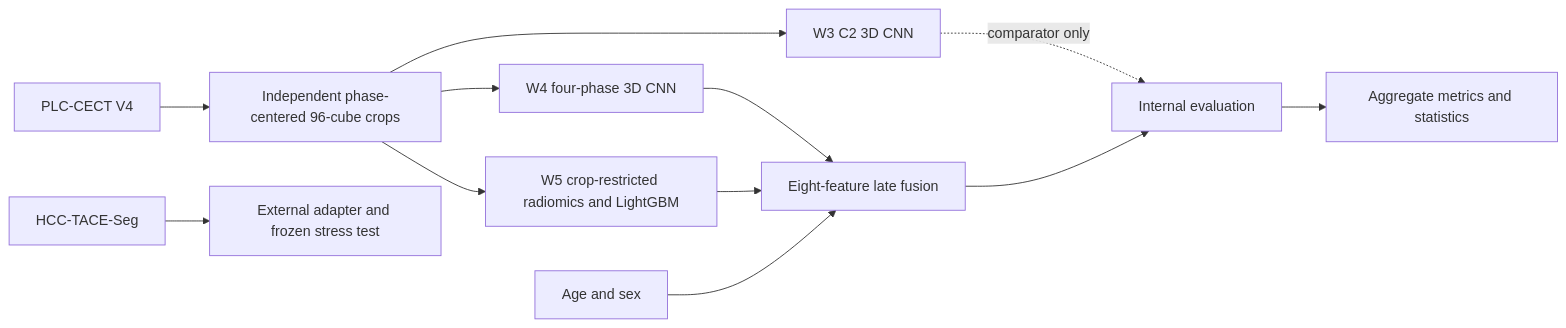
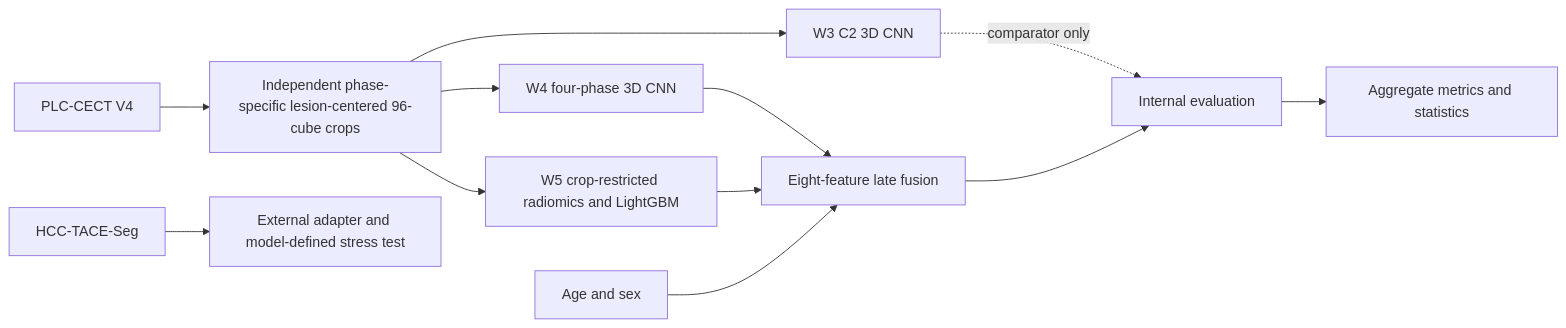
Before and after one commit to hamzaelmassaoudy/multimodal-liver-tumor-classification: the diagram in README.md, drawn with Mermaid. The commit also changed other lines of this file and 49 other files, not shown here.

````diff
--- a/README.md
+++ b/README.md
@@ -35,14 +35,14 @@
 ```mermaid
 flowchart LR
-    A[PLC-CECT V4] --> B[Independent phase-centered 96-cube crops]
+    A[PLC-CECT V4] --> B[Independent phase-specific lesion-centered 96-cube crops]
     B --> C[W3 C2 3D CNN]
     B --> D[W4 four-phase 3D CNN]
     B --> E[W5 crop-restricted radiomics and LightGBM]
     D --> F[Eight-feature late fusion]
     E --> F
     G[Age and sex] --> F
     C -. comparator only .-> H[Internal evaluation]
     F --> H
     H --> I[Aggregate metrics and statistics]
-    J[HCC-TACE-Seg] --> K[External adapter and frozen stress test]
+    J[HCC-TACE-Seg] --> K[External adapter and model-defined stress test]
 ```
````
